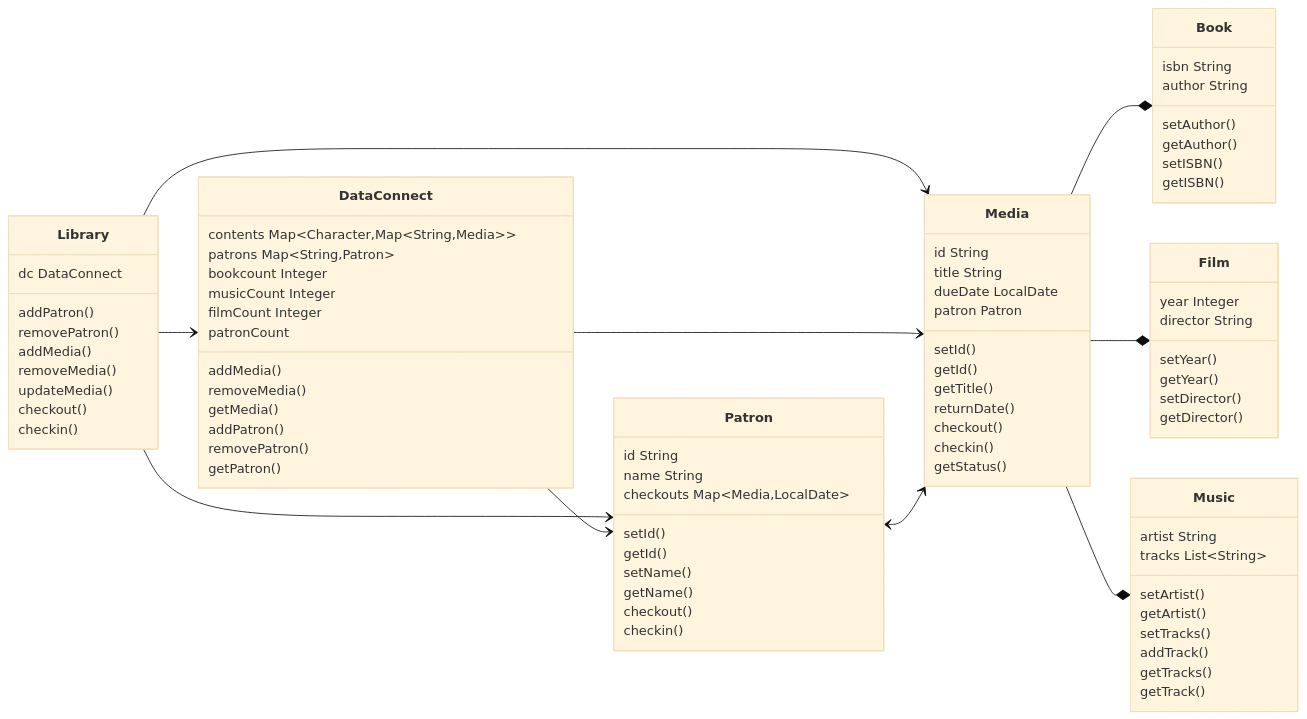
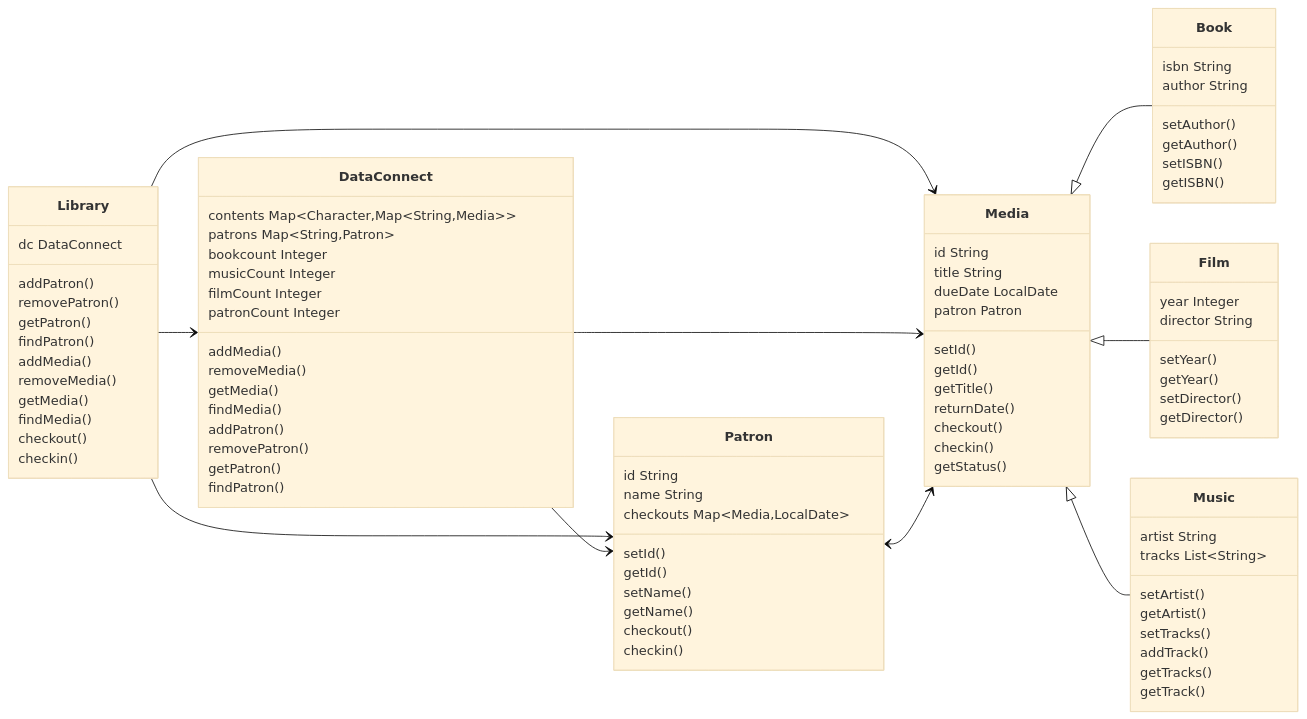
The diagram in ClassDiagram.md (btweedster/Library_Test_Project), drawn with Mermaid (base theme) before and after one commit.

Commit message:
class diagram updated

```diff
--- a/ClassDiagram.md
+++ b/ClassDiagram.md
@@ -7,17 +7,20 @@
     DataConnect --> Media
     DataConnect --> Patron
     Patron <--> Media
-    Media --* Book
-    Media --* Film
-    Media --* Music
+    Media <|-- Book
+    Media <|-- Film
+    Media <|-- Music
     
     class Library {
         dc DataConnect
         addPatron()
         removePatron()
+        getPatron()
+        findPatron()
         addMedia()
         removeMedia()
-        updateMedia()
+        getMedia()
+        findMedia()
         checkout()
         checkin()
     }
@@ -28,13 +31,15 @@
         bookcount Integer
         musicCount Integer
         filmCount Integer
-        patronCount
+        patronCount Integer
         addMedia()
         removeMedia()
         getMedia()
+        findMedia()
         addPatron()
         removePatron()
         getPatron()
+        findPatron()
     }
 
     class Patron {
```
